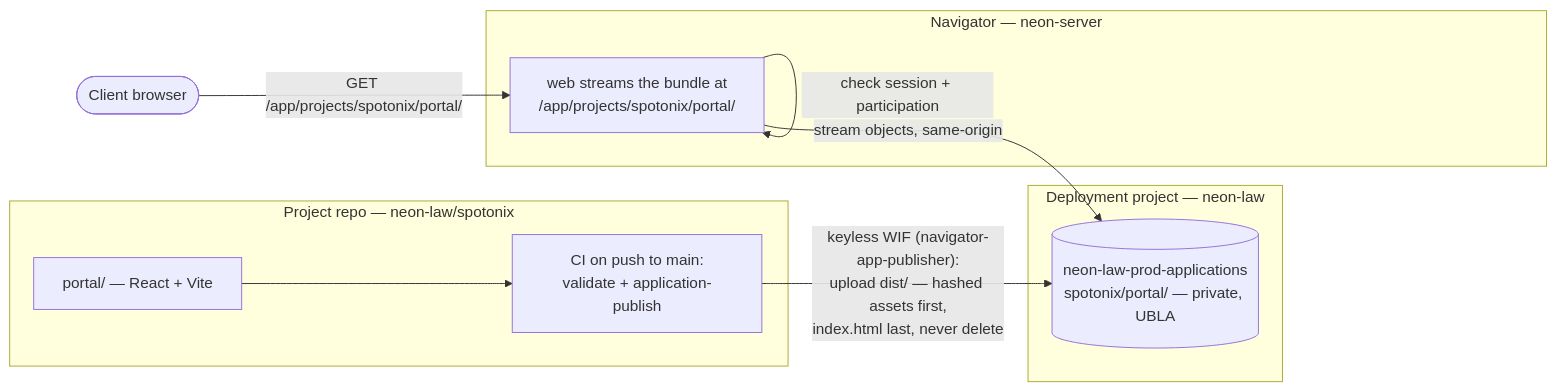
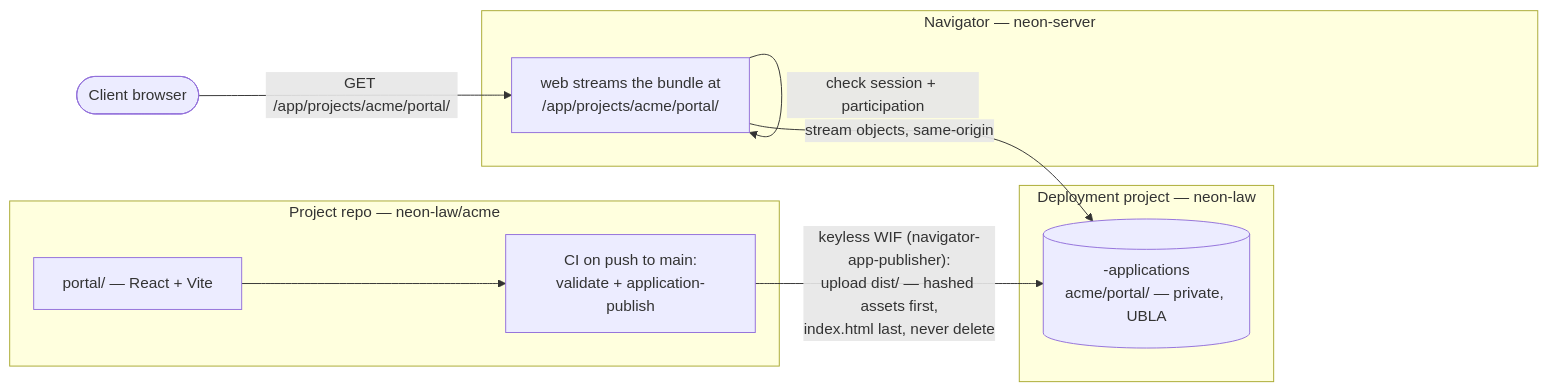
Before and after one commit to neon-law-foundation/navigator: the first of 2 diagrams in server/content/workshops/navigator/DEPLOY.md, drawn with Mermaid. The commit also changed other lines of this file and 27 other files, not shown here.

````diff
--- a/server/content/workshops/navigator/DEPLOY.md
+++ b/server/content/workshops/navigator/DEPLOY.md
@@ -595,20 +595,20 @@
 ```mermaid
 flowchart LR
-  subgraph repo["Project repo — neon-law/spotonix"]
+  subgraph repo["Project repo — neon-law/acme"]
     src["portal/ — React + Vite"]
     ci["CI on push to main:<br/>validate + application-publish"]
     src --> ci
   end
   subgraph gcp["Deployment project — neon-law"]
-    bucket[("neon-law-prod-applications<br/>spotonix/portal/ — private, UBLA")]
+    bucket[("<deployment>-applications<br/>acme/portal/ — private, UBLA")]
   end
   subgraph nav["Navigator — neon-server"]
-    web["web streams the bundle at<br/>/app/projects/spotonix/portal/"]
+    web["web streams the bundle at<br/>/app/projects/acme/portal/"]
   end
   client(["Client browser"])
 
   ci -- "keyless WIF (navigator-app-publisher):<br/>upload dist/ — hashed assets first,<br/>index.html last, never delete" --> bucket
-  client -- "GET /app/projects/spotonix/portal/" --> web
+  client -- "GET /app/projects/acme/portal/" --> web
   web -- "check session + participation" --> web
   web -- "stream objects, same-origin" --> bucket
 ```
````
